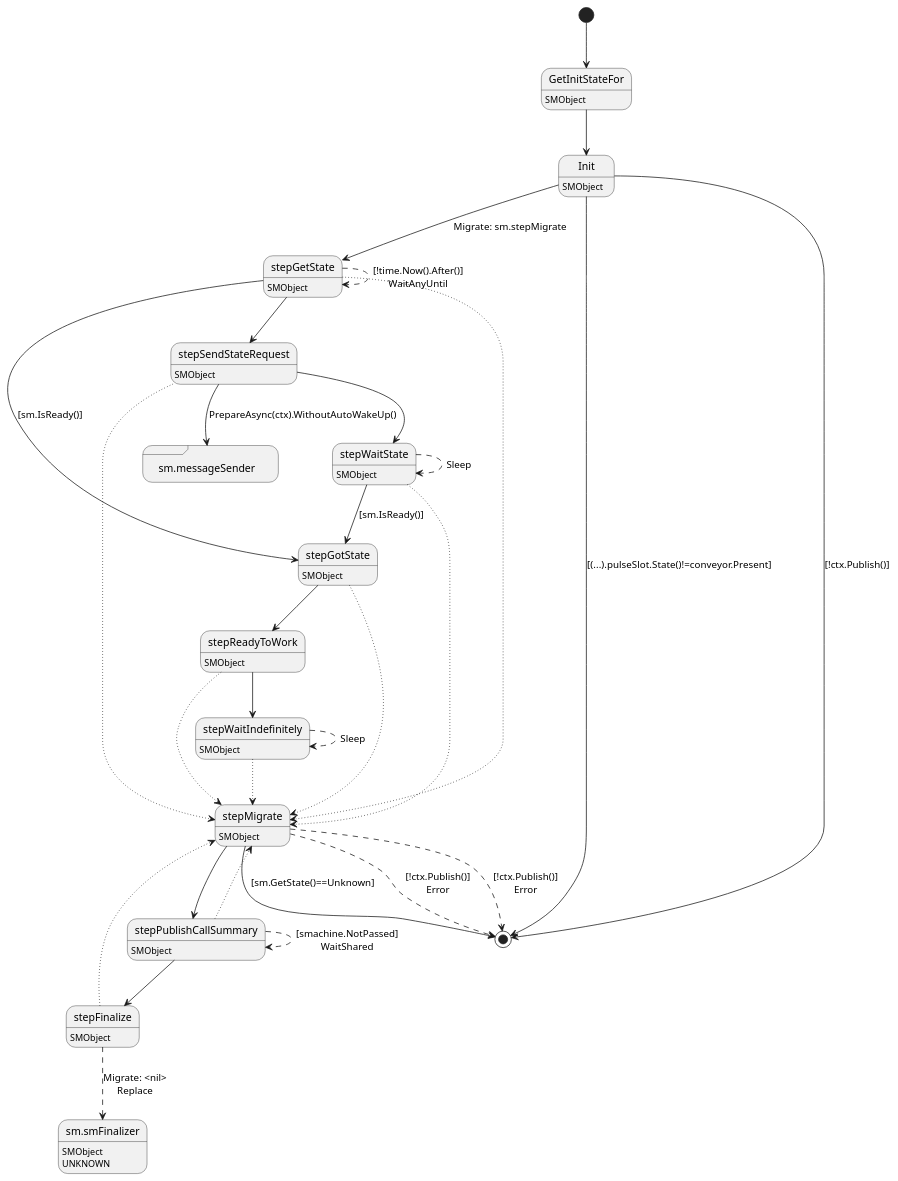
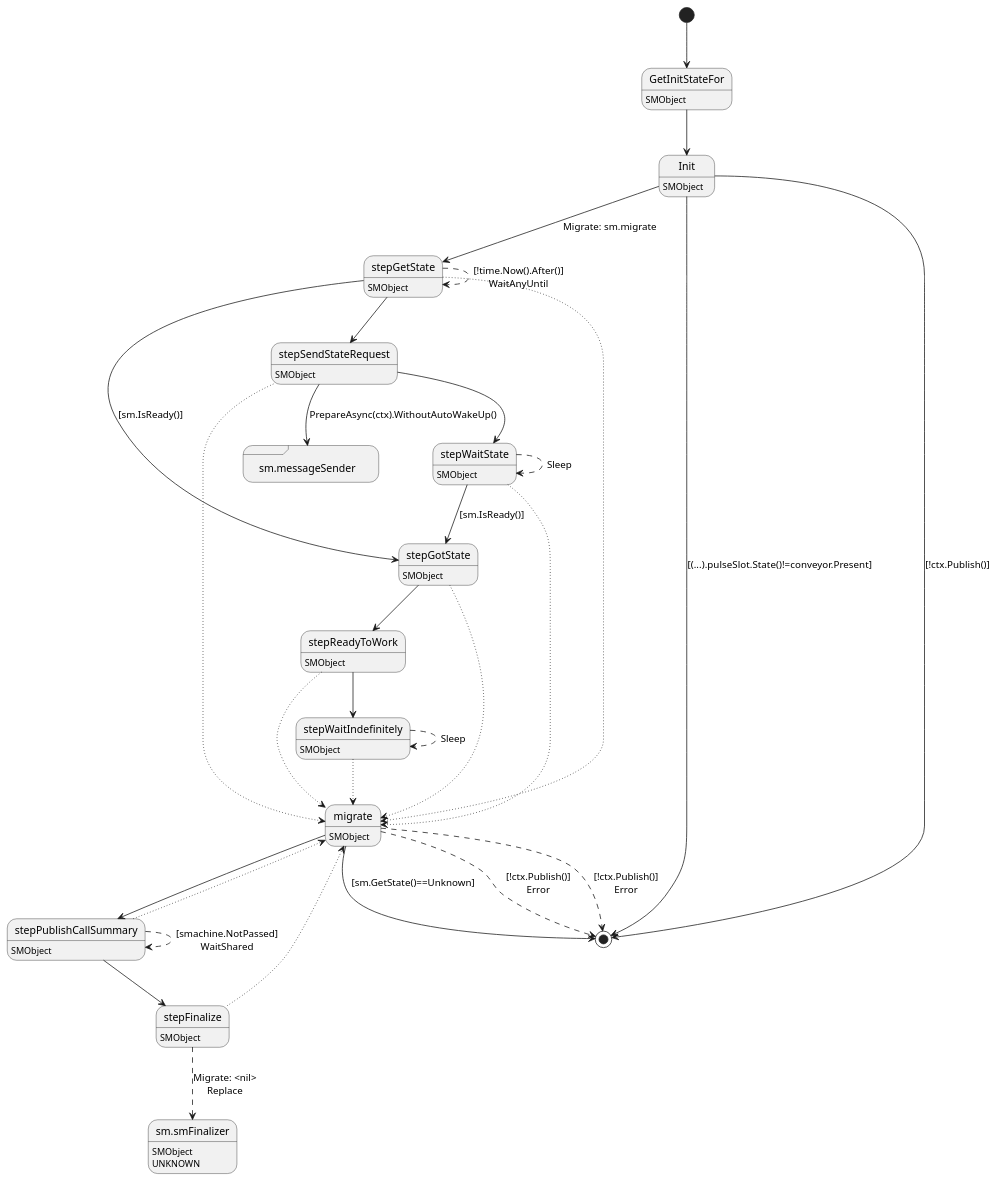
The diagram in ledger-core/virtual/object/object.plantuml (insolar/assured-ledger), drawn with PlantUML before and after one commit. The commit also changed 10 other files, not shown here.

```diff
--- a/ledger-core/virtual/object/object.plantuml
+++ b/ledger-core/virtual/object/object.plantuml
@@ -1,58 +1,58 @@
 @startuml
 state "GetInitStateFor" as T00_S001
 T00_S001 : SMObject
 [*] --> T00_S001
 T00_S001 --> T00_S002
 state "Init" as T00_S002
 T00_S002 : SMObject
 T00_S002 --> [*] : [(...).pulseSlot.State()!=conveyor.Present]
 T00_S002 --> [*] : [!ctx.Publish()]
-T00_S002 --> T00_S005 : Migrate: sm.stepMigrate
+T00_S002 --> T00_S005 : Migrate: sm.migrate
+state "migrate" as T00_S010
+T00_S010 : SMObject
+T00_S010 --> [*] : [sm.GetState()==Unknown]
+T00_S010 --[dashed]> [*] : [!ctx.Publish()]\nError
+T00_S010 --[dashed]> [*] : [!ctx.Publish()]\nError
+T00_S010 --> T00_S011
 state "sm.messageSender" as T00_S004 <<sdlreceive>>
 state "stepFinalize" as T00_S012
 T00_S012 : SMObject
 T00_S012 --[dotted]> T00_S010
 state "sm.smFinalizer" as T00_U001
 T00_U001 : SMObject
 T00_U001 : UNKNOWN 
 T00_S012 --[dashed]> T00_U001 : Migrate: <nil>\nReplace
 state "stepGetState" as T00_S005
 T00_S005 : SMObject
 T00_S005 --[dotted]> T00_S010
 T00_S005 --> T00_S007 : [sm.IsReady()]
 T00_S005 --[dashed]> T00_S005 : [!time.Now().After()]\nWaitAnyUntil
 T00_S005 --> T00_S003
 state "stepGotState" as T00_S007
 T00_S007 : SMObject
 T00_S007 --[dotted]> T00_S010
 T00_S007 --> T00_S008
-state "stepMigrate" as T00_S010
-T00_S010 : SMObject
-T00_S010 --> [*] : [sm.GetState()==Unknown]
-T00_S010 --[dashed]> [*] : [!ctx.Publish()]\nError
-T00_S010 --[dashed]> [*] : [!ctx.Publish()]\nError
-T00_S010 --> T00_S011
 state "stepPublishCallSummary" as T00_S011
 T00_S011 : SMObject
 T00_S011 --[dotted]> T00_S010
 T00_S011 --[dashed]> T00_S011 : [smachine.NotPassed]\nWaitShared
 T00_S011 --> T00_S012
 state "stepReadyToWork" as T00_S008
 T00_S008 : SMObject
 T00_S008 --[dotted]> T00_S010
 T00_S008 --> T00_S009
 state "stepSendStateRequest" as T00_S003
 T00_S003 : SMObject
 T00_S003 --[dotted]> T00_S010
 T00_S003 --> T00_S004 : PrepareAsync(ctx).WithoutAutoWakeUp()
 T00_S003 --> T00_S006
 state "stepWaitIndefinitely" as T00_S009
 T00_S009 : SMObject
 T00_S009 --[dotted]> T00_S010
 T00_S009 --[dashed]> T00_S009 : Sleep
 state "stepWaitState" as T00_S006
 T00_S006 : SMObject
 T00_S006 --[dotted]> T00_S010
 T00_S006 --> T00_S007 : [sm.IsReady()]
 T00_S006 --[dashed]> T00_S006 : Sleep
 @enduml
```
